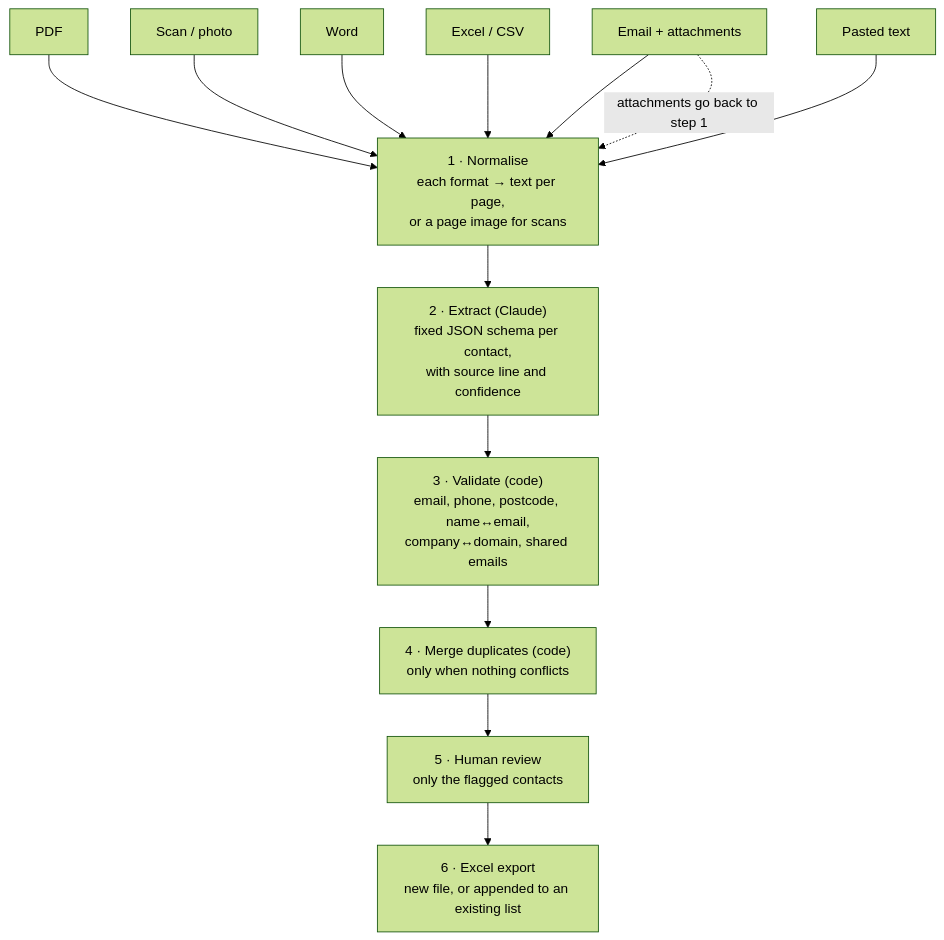
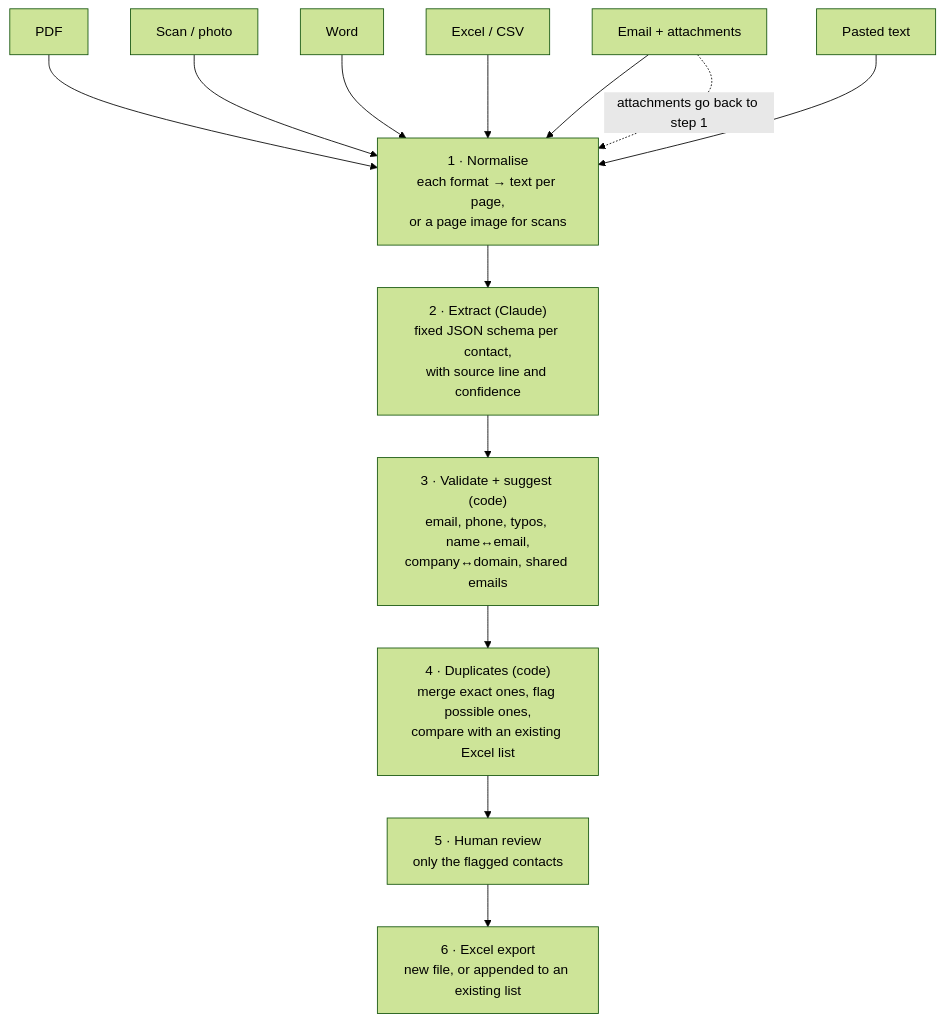
The diagram in README.md (sylvievvv/Overtype), drawn with Mermaid (forest theme) before and after one commit. The commit also changed other lines of this file and 17 other files, not shown here.

First line of the commit message:
Suggestions, possible-duplicate review, three-way Excel comparison, city column, export summary

````diff
--- a/README.md
+++ b/README.md
@@ -36,11 +42,11 @@
 ```mermaid
 flowchart TD
     A[PDF] & B[Scan / photo] & C[Word] & D[Excel / CSV] & E[Email + attachments] & P[Pasted text] --> N
     N["1 · Normalise<br/>each format → text per page,<br/>or a page image for scans"] --> X
     X["2 · Extract (Claude)<br/>fixed JSON schema per contact,<br/>with source line and confidence"] --> V
-    V["3 · Validate (code)<br/>email, phone, postcode, name↔email,<br/>company↔domain, shared emails"] --> M
-    M["4 · Merge duplicates (code)<br/>only when nothing conflicts"] --> R
+    V["3 · Validate + suggest (code)<br/>email, phone, typos, name↔email,<br/>company↔domain, shared emails"] --> M
+    M["4 · Duplicates (code)<br/>merge exact ones, flag possible ones,<br/>compare with an existing Excel list"] --> R
     R["5 · Human review<br/>only the flagged contacts"] --> O
     O["6 · Excel export<br/>new file, or appended to an existing list"]
     E -. attachments go back to step 1 .-> N
 ```
````
